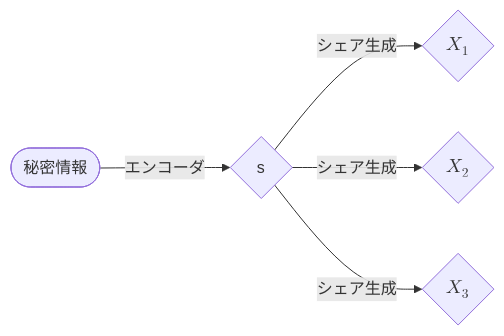
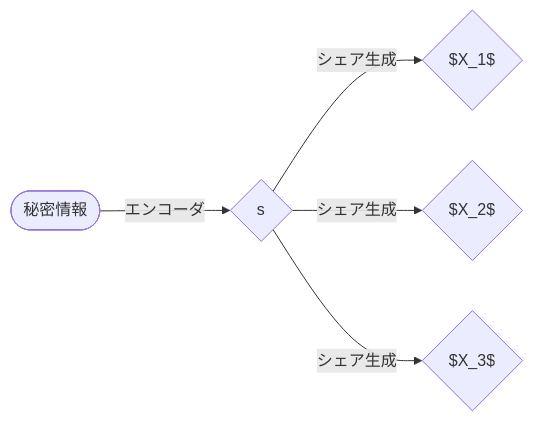
The diagram in README.md (h28a3/n-n_threshold_scheme), drawn with Mermaid before and after one commit. The commit also changed other lines of this file, not shown here.

````diff
--- a/README.md
+++ b/README.md
@@ -12,7 +12,7 @@
 ```mermaid
 graph LR
   Start([秘密情報])-->|エンコーダ|A{s}
-  A-->|シェア生成|B{$$X_1$$}
-  A-->|シェア生成|C{$$X_2$$}
-  A-->|シェア生成|D{$$X_3$$}
+  A-->|シェア生成|B{$X_1$}
+  A-->|シェア生成|C{$X_2$}
+  A-->|シェア生成|D{$X_3$}
 ```
````
